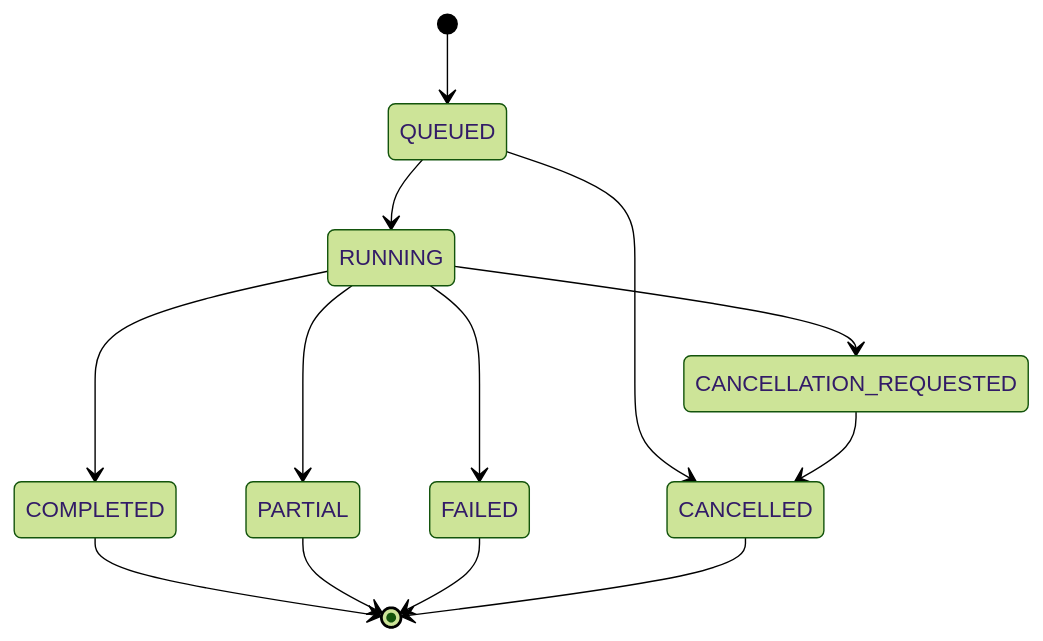
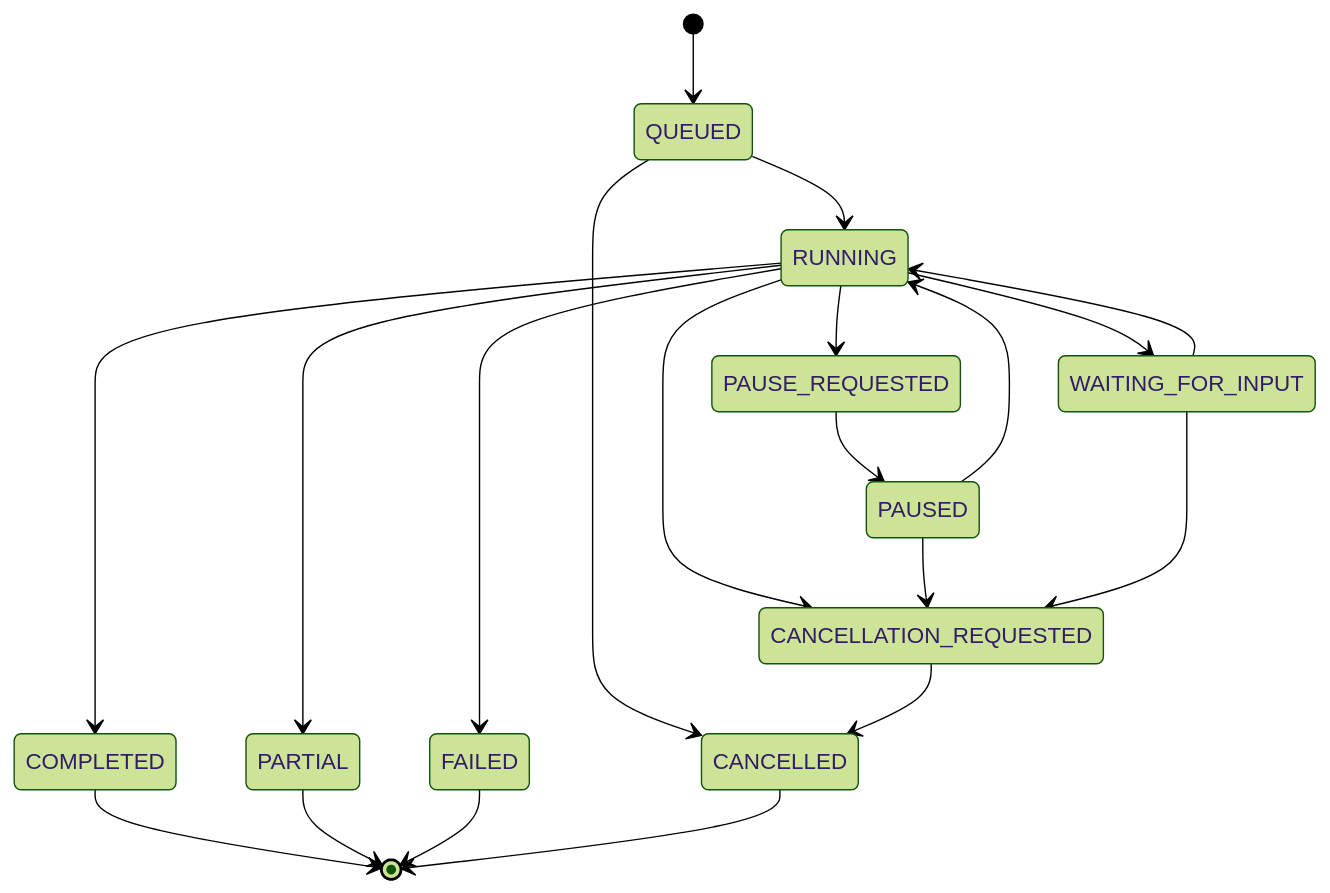
The diagram in docs/STATE_MACHINE.md (CHX606/AI-Agent), drawn with Mermaid (forest theme) before and after one commit. The commit also changed other lines of this file and 18 other files, not shown here.

````diff
--- a/docs/STATE_MACHINE.md
+++ b/docs/STATE_MACHINE.md
@@ -23,15 +26,22 @@
 ```mermaid
 stateDiagram-v2
     [*] --> QUEUED
     QUEUED --> RUNNING
     QUEUED --> CANCELLED
+    RUNNING --> PAUSE_REQUESTED
+    PAUSE_REQUESTED --> PAUSED
+    PAUSED --> RUNNING
+    RUNNING --> WAITING_FOR_INPUT
+    WAITING_FOR_INPUT --> RUNNING
     RUNNING --> CANCELLATION_REQUESTED
+    PAUSED --> CANCELLATION_REQUESTED
+    WAITING_FOR_INPUT --> CANCELLATION_REQUESTED
     CANCELLATION_REQUESTED --> CANCELLED
     RUNNING --> COMPLETED
     RUNNING --> PARTIAL
     RUNNING --> FAILED
     COMPLETED --> [*]
     PARTIAL --> [*]
     FAILED --> [*]
     CANCELLED --> [*]
 ```
````
